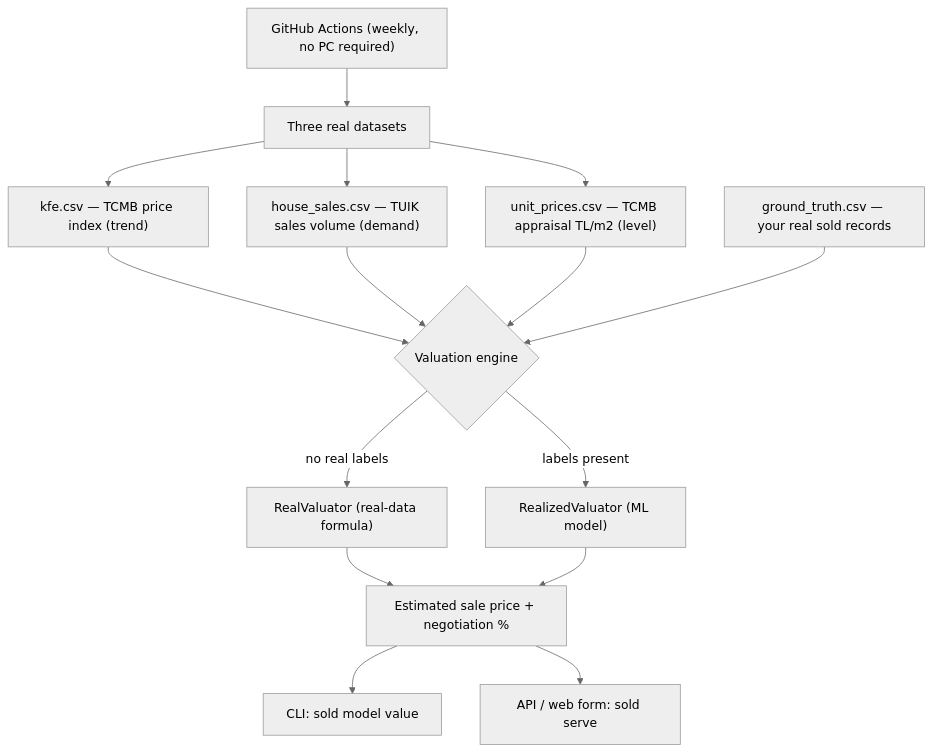
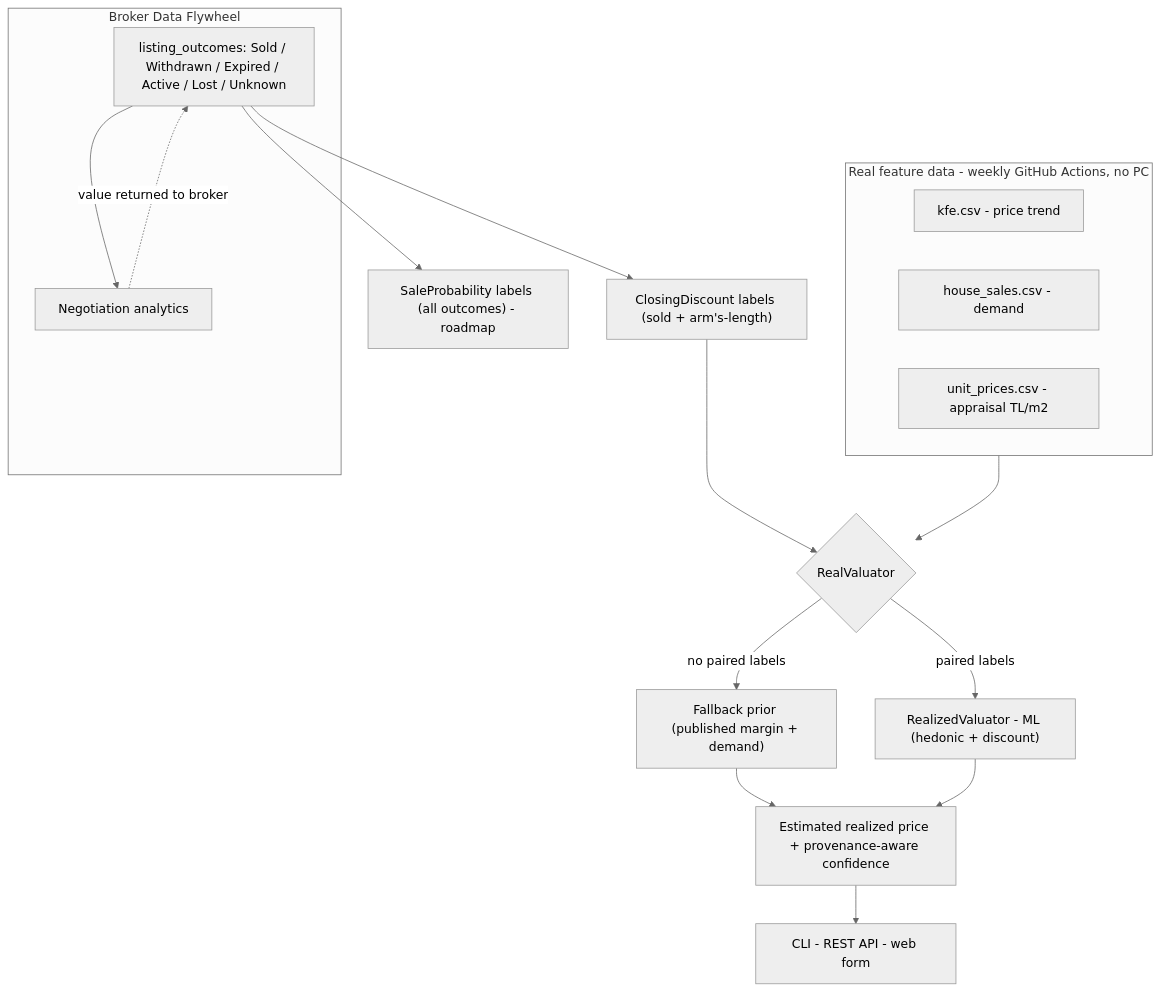
The diagram in README.md (onatozmenn/sold), drawn with Mermaid (neutral theme) before and after one commit. The commit also changed other lines of this file and 8 other files, not shown here.

Commit message:
feat: Broker Data Flywheel - listing-outcome pipeline + honest confidence (self-report=B) + non-ML negotiation analytics (CLI/API); README first-class

````diff
--- a/README.md
+++ b/README.md
@@ -59,14 +60,24 @@
 ```mermaid
 flowchart TD
-    A["GitHub Actions (weekly, no PC required)"] --> B[Three real datasets]
-    B --> B1["kfe.csv — TCMB price index (trend)"]
-    B --> B2["house_sales.csv — TUIK sales volume (demand)"]
-    B --> B3["unit_prices.csv — TCMB appraisal TL/m2 (level)"]
-    B1 & B2 & B3 --> C{Valuation engine}
-    D["ground_truth.csv — your real sold records"] --> C
-    C -->|no real labels| E["RealValuator (real-data formula)"]
-    C -->|labels present| F["RealizedValuator (ML model)"]
-    E & F --> G["Estimated sale price + negotiation %"]
-    G --> H["CLI: sold model value"]
-    G --> I["API / web form: sold serve"]
+    subgraph FEATURES["Real feature data - weekly GitHub Actions, no PC"]
+        B1["kfe.csv - price trend"]
+        B2["house_sales.csv - demand"]
+        B3["unit_prices.csv - appraisal TL/m2"]
+    end
+
+    subgraph FLYWHEEL["Broker Data Flywheel"]
+        O["listing_outcomes: Sold / Withdrawn / Expired / Active / Lost / Unknown"]
+        AN["Negotiation analytics"]
+        O --> AN
+        AN -. value returned to broker .-> O
+    end
+    O --> L1["ClosingDiscount labels (sold + arm's-length)"]
+    O --> L2["SaleProbability labels (all outcomes) - roadmap"]
+
+    FEATURES --> C{RealValuator}
+    L1 --> C
+    C -->|no paired labels| E["Fallback prior (published margin + demand)"]
+    C -->|paired labels| F["RealizedValuator - ML (hedonic + discount)"]
+    E & F --> G["Estimated realized price + provenance-aware confidence"]
+    G --> H["CLI - REST API - web form"]
 ```
````
